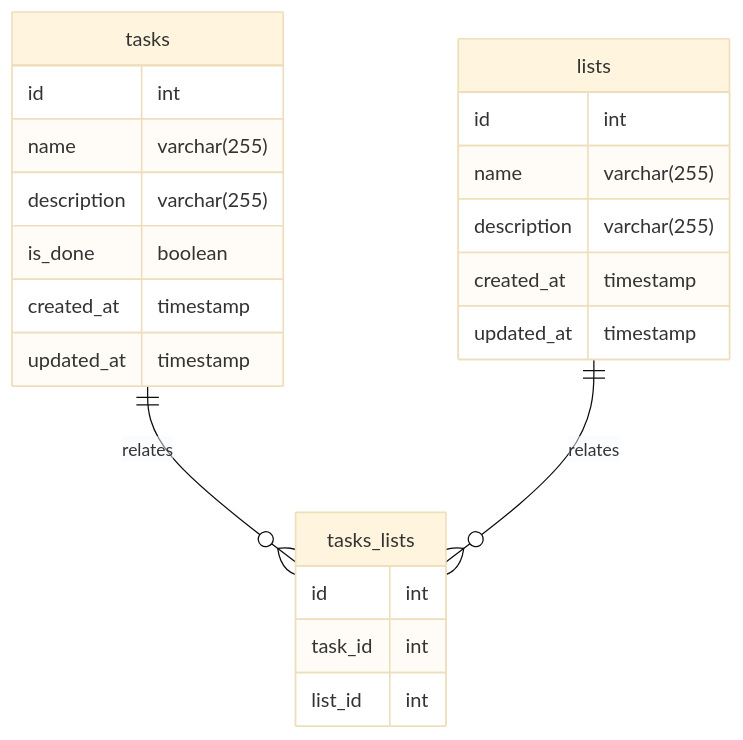
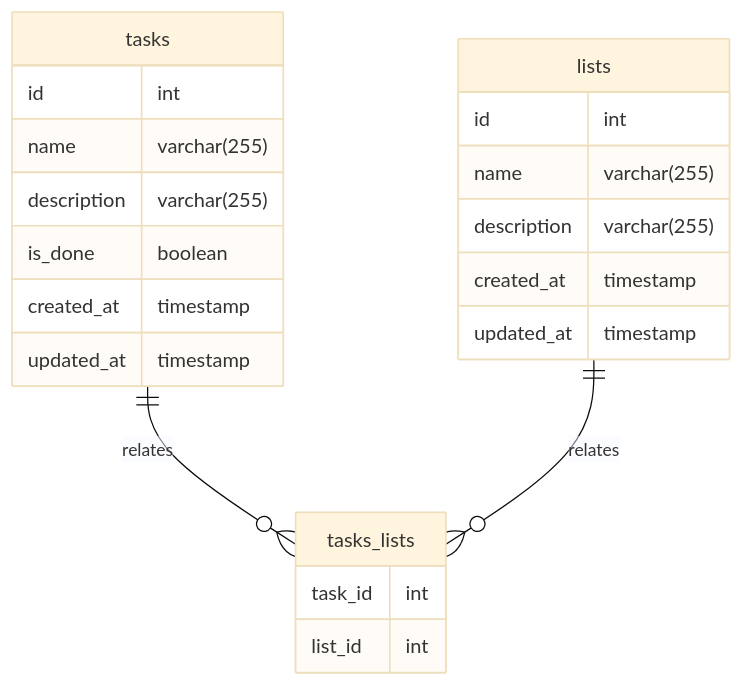
The diagram in README.md (jonathas/todo-service), drawn with Mermaid (base theme) before and after one commit. The commit also changed other lines of this file and 6 other files, not shown here.

````diff
--- a/README.md
+++ b/README.md
@@ -59,26 +59,25 @@
 ```mermaid
 erDiagram
     tasks ||--o{ tasks_lists : relates
     lists ||--o{ tasks_lists : relates
 
     tasks {
         id int
         name varchar(255)
         description varchar(255)
         is_done boolean
         created_at timestamp
         updated_at timestamp
     }
     lists {
       id int
       name varchar(255)
       description varchar(255)
       created_at timestamp
       updated_at timestamp
     }
     tasks_lists {
-      id int
       task_id int
       list_id int
     }
 ```
````
